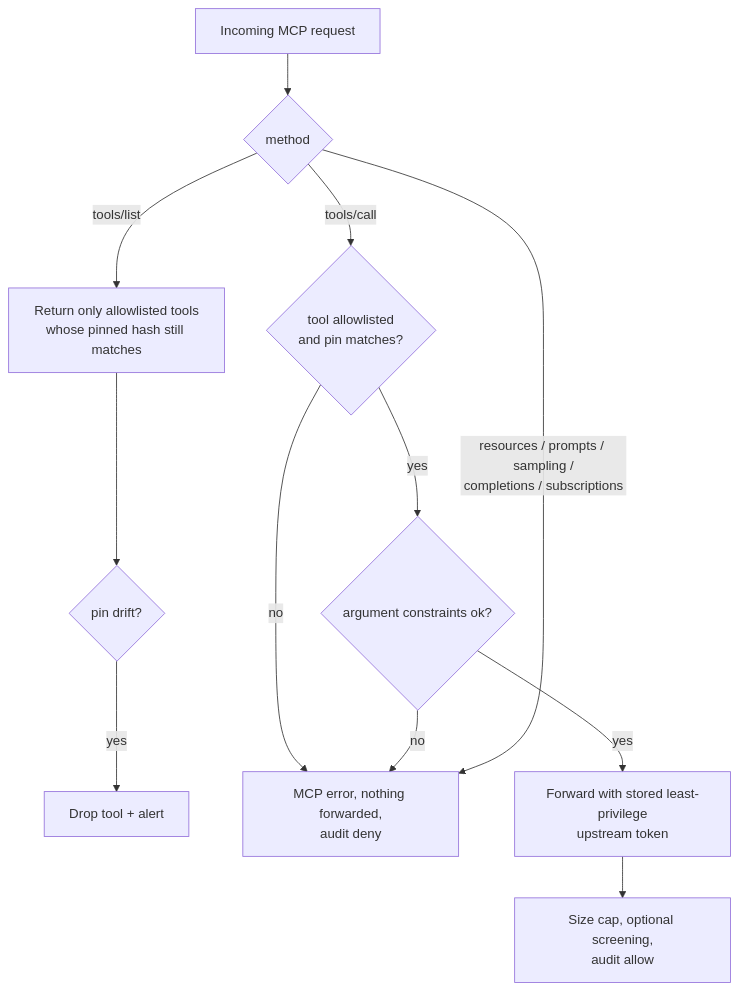
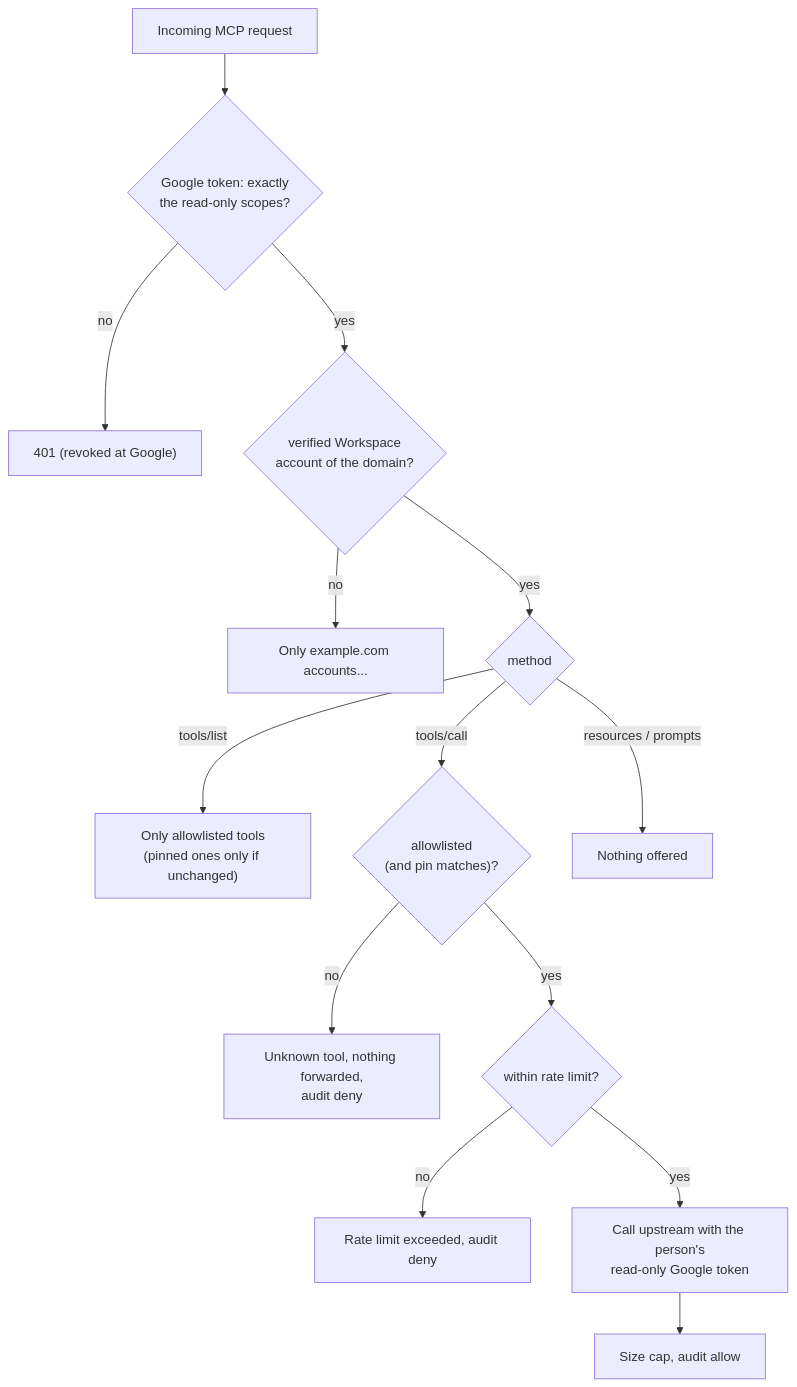
The fourth of 4 diagrams in docs/proxy-design.md (rokasce/mcp-readonly-proxies), drawn with Mermaid before and after one commit. The commit also changed other lines of this file and 17 other files, not shown here.

````diff
--- a/docs/proxy-design.md
+++ b/docs/proxy-design.md
@@ -176,13 +165,15 @@
 ```mermaid
 flowchart TD
-  R["Incoming MCP request"] --> M{"method"}
-  M -- "tools/list" --> L["Return only allowlisted tools<br/>whose pinned hash still matches"]
-  L --> D1{"pin drift?"}
-  D1 -- yes --> A1["Drop tool + alert"]
-  M -- "tools/call" --> C1{"tool allowlisted<br/>and pin matches?"}
-  C1 -- no --> E["MCP error, nothing forwarded,<br/>audit deny"]
-  C1 -- yes --> C2{"argument constraints ok?"}
-  C2 -- no --> E
-  C2 -- yes --> F["Forward with stored least-privilege<br/>upstream token"] --> S["Size cap, optional screening,<br/>audit allow"]
-  M -- "resources / prompts / sampling /<br/>completions / subscriptions" --> E
+  R["Incoming MCP request"] --> T{"Google token: exactly<br/>the read-only scopes?"}
+  T -- no --> X["401 (revoked at Google)"]
+  T -- yes --> D{"verified Workspace<br/>account of the domain?"}
+  D -- no --> E0["Only example.com accounts..."]
+  D -- yes --> M{"method"}
+  M -- "tools/list" --> L["Only allowlisted tools<br/>(pinned ones only if unchanged)"]
+  M -- "tools/call" --> C1{"allowlisted<br/>(and pin matches)?"}
+  C1 -- no --> E["Unknown tool, nothing forwarded,<br/>audit deny"]
+  C1 -- yes --> RL{"within rate limit?"}
+  RL -- no --> E2["Rate limit exceeded, audit deny"]
+  RL -- yes --> F["Call upstream with the person's<br/>read-only Google token"] --> S["Size cap, audit allow"]
+  M -- "resources / prompts" --> N["Nothing offered"]
 ```
````
